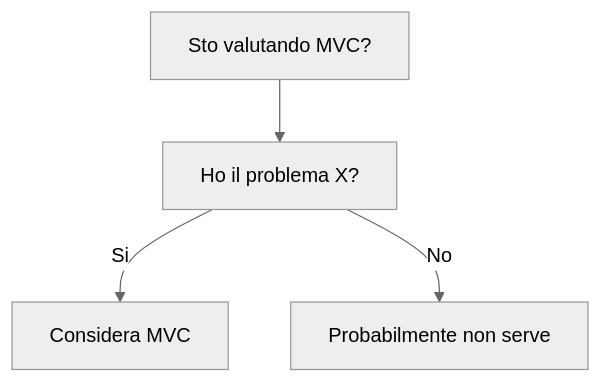
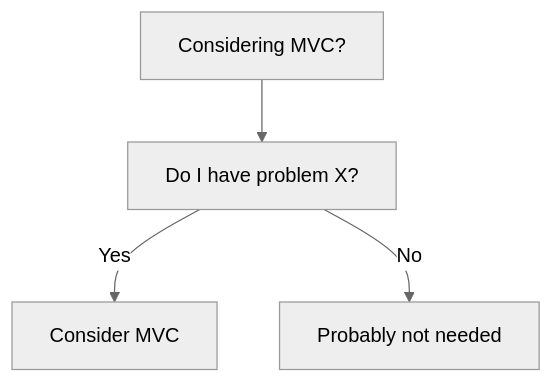
The diagram in dev-wiki/03_Design_Patterns/Architectural/MVC/When_To_Use.md (HxT9/Software-Dev-Wiki), drawn with Mermaid (neutral theme) before and after one commit. The commit also changed other lines of this file and 3444 other files, not shown here.

````diff
--- a/dev-wiki/03_Design_Patterns/Architectural/MVC/When_To_Use.md
+++ b/dev-wiki/03_Design_Patterns/Architectural/MVC/When_To_Use.md
@@ -19,6 +19,6 @@
 ```mermaid
 flowchart TD
-  Q[Sto valutando MVC?] --> Q1[Ho il problema X?]
-  Q1 -->|Si| OK[Considera MVC]
-  Q1 -->|No| NO[Probabilmente non serve]
+  Q[Considering MVC?] --> Q1[Do I have problem X?]
+  Q1 -->|Yes| OK[Consider MVC]
+  Q1 -->|No| NO[Probably not needed]
 ```
````
